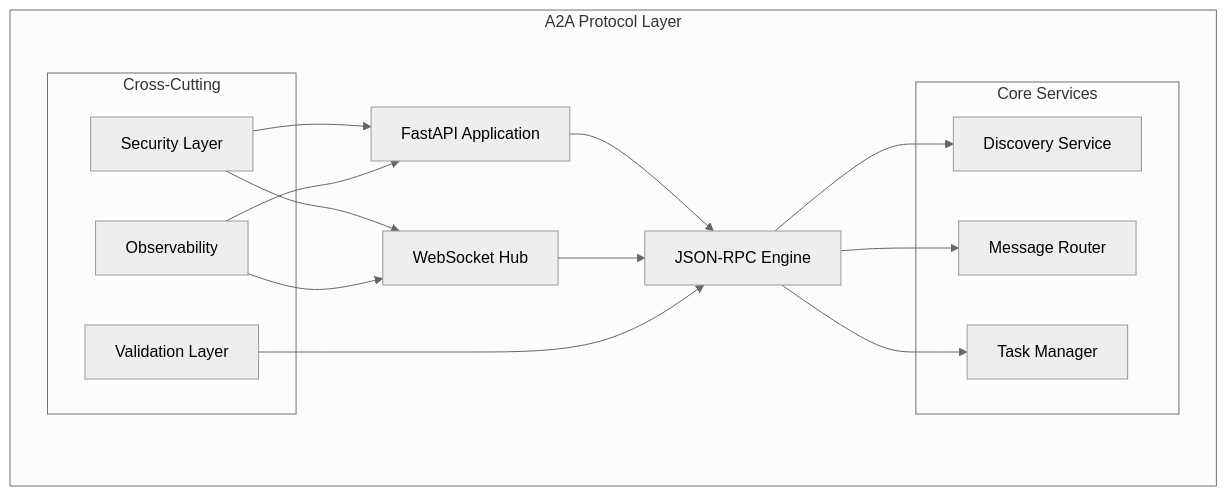
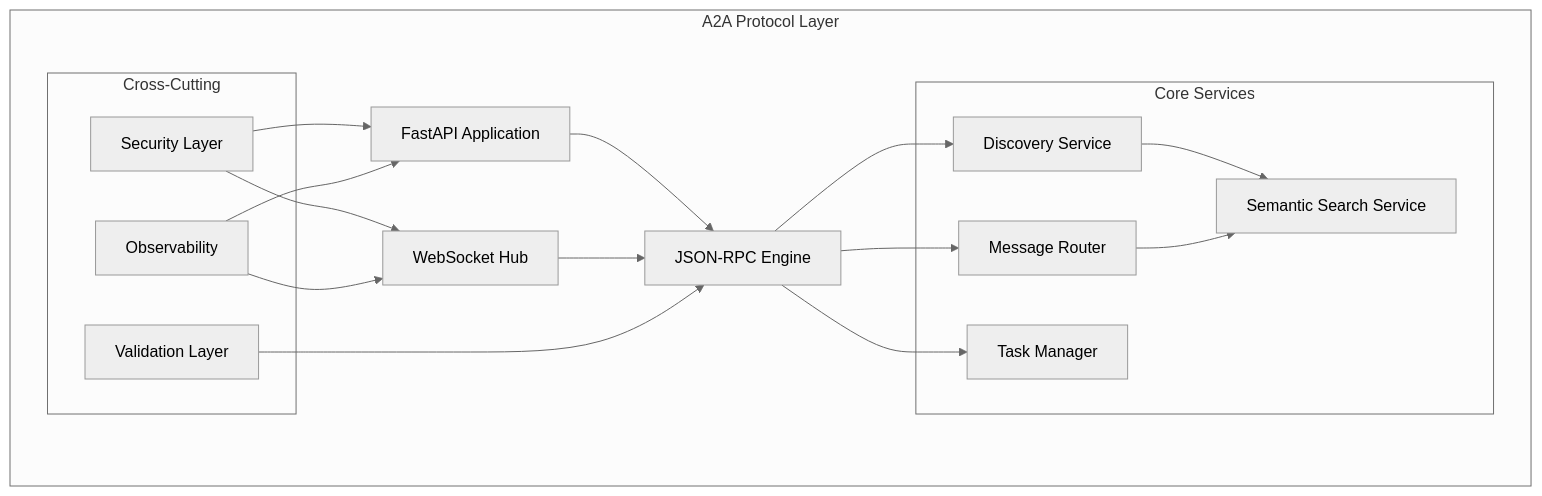
Before and after one commit to Mathews-Tom/AgentCore: the second of 2 diagrams in docs/breakdown/a2a-protocol.md, drawn with Mermaid (neutral theme). The commit also changed other lines of this file and 8 other files, not shown here.

````diff
--- a/docs/breakdown/a2a-protocol.md
+++ b/docs/breakdown/a2a-protocol.md
@@ -64,32 +69,35 @@
 ```mermaid
 graph TD
     subgraph "A2A Protocol Layer"
         API[FastAPI Application]
         WS[WebSocket Hub]
         RPC[JSON-RPC Engine]
 
         subgraph "Core Services"
             DISC[Discovery Service]
             ROUTE[Message Router]
             TASK[Task Manager]
+            SEM[Semantic Search Service]
         end
 
         subgraph "Cross-Cutting"
             AUTH[Security Layer]
             VAL[Validation Layer]
             OBS[Observability]
         end
     end
 
     API --> RPC
     WS --> RPC
     RPC --> DISC
     RPC --> ROUTE
     RPC --> TASK
+    DISC --> SEM
+    ROUTE --> SEM
 
     AUTH --> API
     AUTH --> WS
     VAL --> RPC
     OBS --> API
     OBS --> WS
 ```
````
